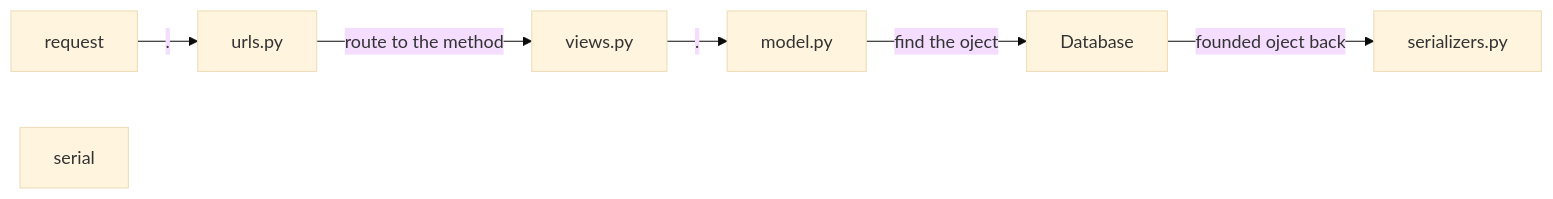
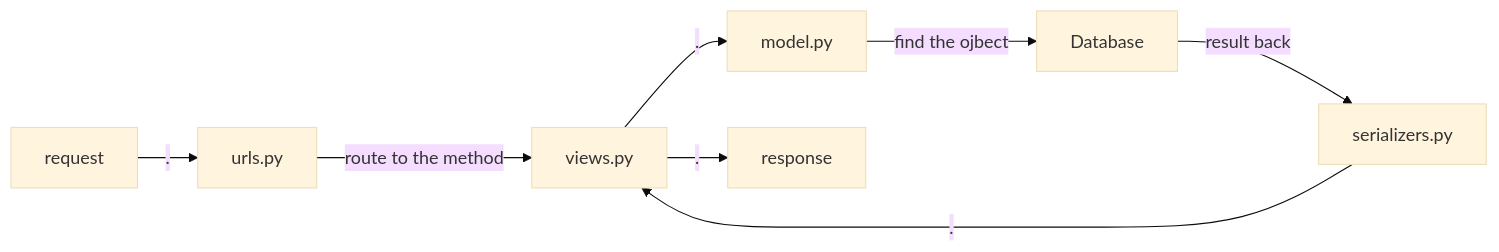
One commit to LooDaHu/ARORA_General_-Introduction changed the second of 4 diagrams in Welcome file.md. Above: the diagram before and after it, drawn with Mermaid (base theme). The commit also changed other lines of this file, not shown here.

Commit message:
Welcome file.md updated from https://stackedit.io/

````diff
--- a/Welcome file.md
+++ b/Welcome file.md
@@ -159,9 +159,10 @@
 ```mermaid
 graph LR
 request -- . --> urls.py
 urls.py -- route to the method --> views.py
 views.py -- . --> model.py
-model.py -- find the oject --> Database
-Database -- founded oject back --> serializers.py
-serial
+model.py -- find the ojbect --> Database
+Database -- result back --> serializers.py
+serializers.py -- . --> views.py
+views.py --.--> response
 ```
````
